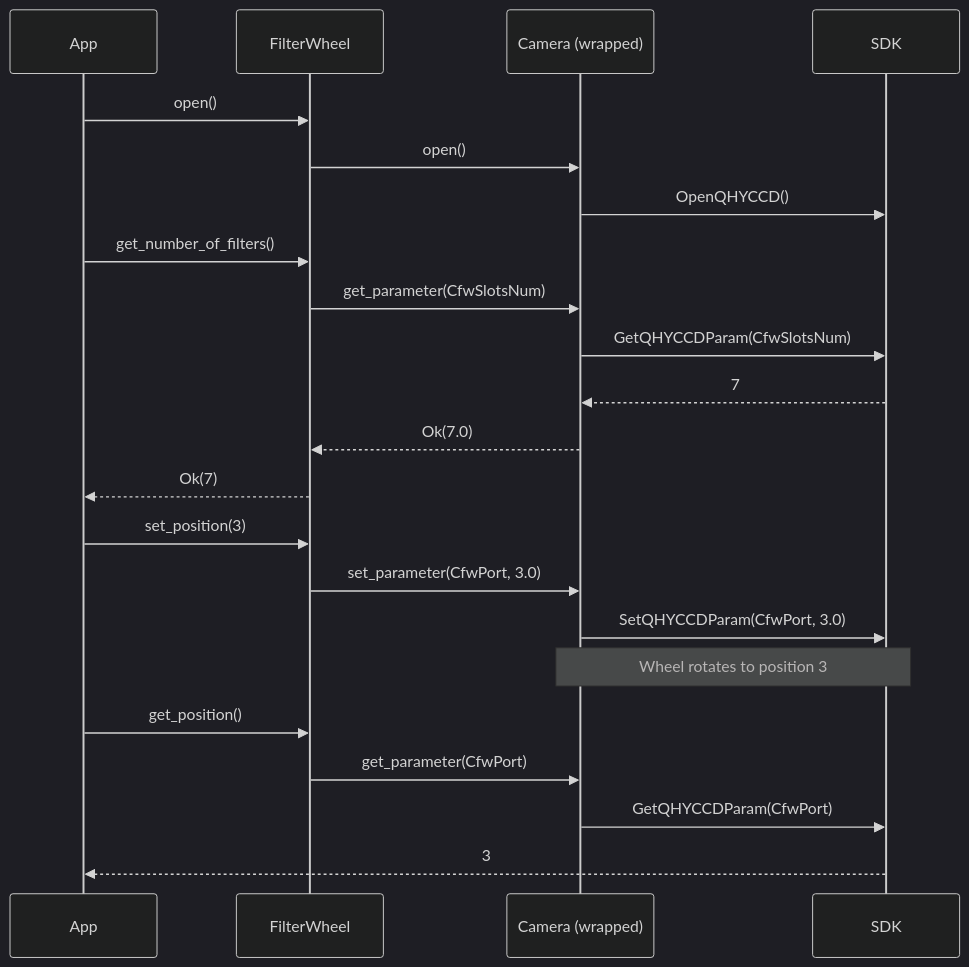
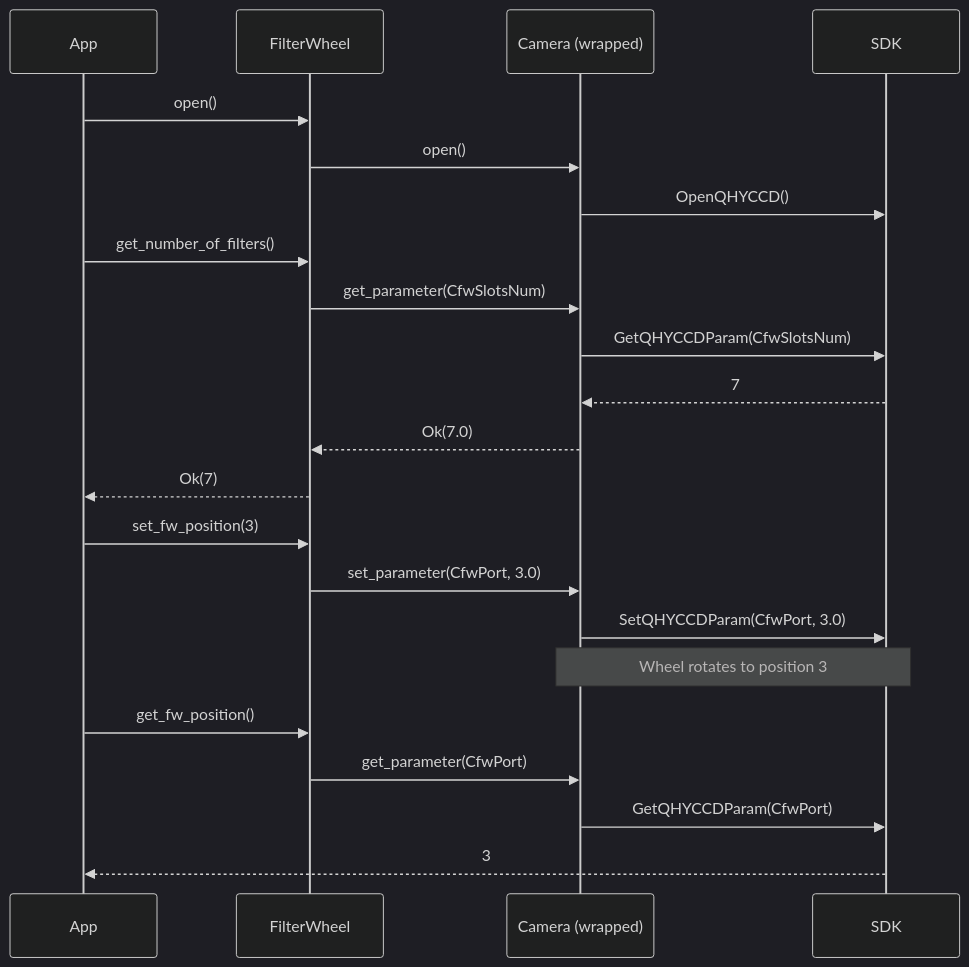
Before and after one commit to ivonnyssen/qhyccd-rs: the eighth of 19 diagrams in docs/qhyccd-rs.md, drawn with Mermaid (dark theme). The commit also changed other lines of this file and 3 other files, not shown here.

````diff
--- a/docs/qhyccd-rs.md
+++ b/docs/qhyccd-rs.md
@@ -306,28 +306,28 @@
 ```mermaid
 sequenceDiagram
     participant App
     participant FW as FilterWheel
     participant Cam as Camera (wrapped)
     participant SDK
 
     App->>FW: open()
     FW->>Cam: open()
     Cam->>SDK: OpenQHYCCD()
 
     App->>FW: get_number_of_filters()
     FW->>Cam: get_parameter(CfwSlotsNum)
     Cam->>SDK: GetQHYCCDParam(CfwSlotsNum)
     SDK-->>Cam: 7
     Cam-->>FW: Ok(7.0)
     FW-->>App: Ok(7)
 
-    App->>FW: set_position(3)
+    App->>FW: set_fw_position(3)
     FW->>Cam: set_parameter(CfwPort, 3.0)
     Cam->>SDK: SetQHYCCDParam(CfwPort, 3.0)
     Note over Cam,SDK: Wheel rotates to position 3
 
-    App->>FW: get_position()
+    App->>FW: get_fw_position()
     FW->>Cam: get_parameter(CfwPort)
     Cam->>SDK: GetQHYCCDParam(CfwPort)
     SDK-->>App: 3
 ```
````
